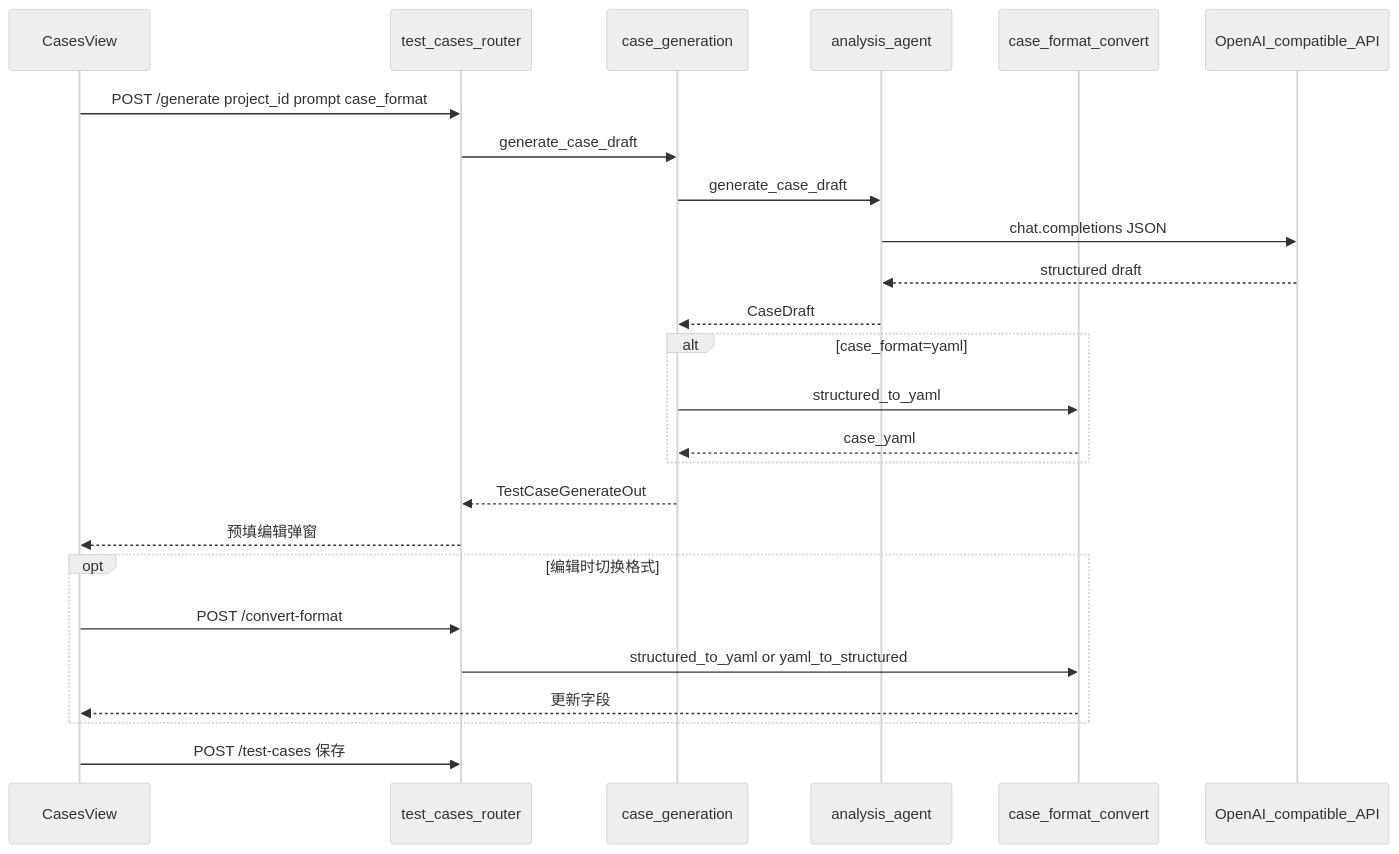
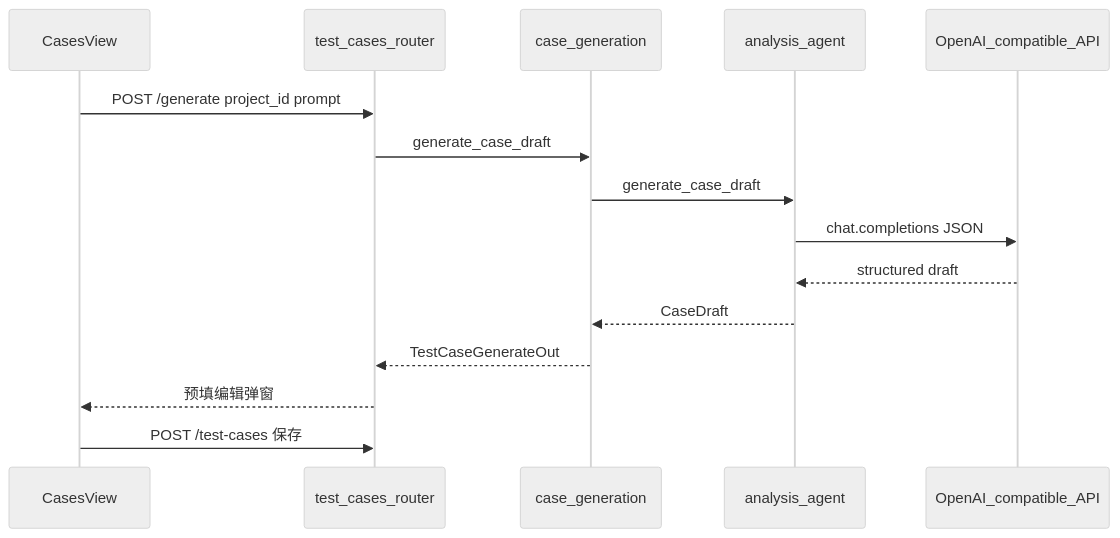
One commit to dyingmanliu/test_robot changed the first of 4 diagrams in ARCHITECTURE.md. Above: the diagram before and after it, drawn with Mermaid (neutral theme). The commit also changed other lines of this file and 2 other files, not shown here.

First line of the commit message:
feat: 移除 YAML 用例格式支持并更新文档

````diff
--- a/ARCHITECTURE.md
+++ b/ARCHITECTURE.md
@@ -93,28 +86,18 @@
 ```mermaid
 sequenceDiagram
   participant UI as CasesView
   participant API as test_cases_router
   participant Gen as case_generation
   participant AA as analysis_agent
-  participant Conv as case_format_convert
   participant LLM as OpenAI_compatible_API
 
-  UI->>API: POST /generate project_id prompt case_format
+  UI->>API: POST /generate project_id prompt
   API->>Gen: generate_case_draft
   Gen->>AA: generate_case_draft
   AA->>LLM: chat.completions JSON
   LLM-->>AA: structured draft
   AA-->>Gen: CaseDraft
-  alt case_format=yaml
-    Gen->>Conv: structured_to_yaml
-    Conv-->>Gen: case_yaml
-  end
   Gen-->>API: TestCaseGenerateOut
   API-->>UI: 预填编辑弹窗
-  opt 编辑时切换格式
-    UI->>API: POST /convert-format
-    API->>Conv: structured_to_yaml or yaml_to_structured
-    Conv-->>UI: 更新字段
-  end
   UI->>API: POST /test-cases 保存
 ```
````
